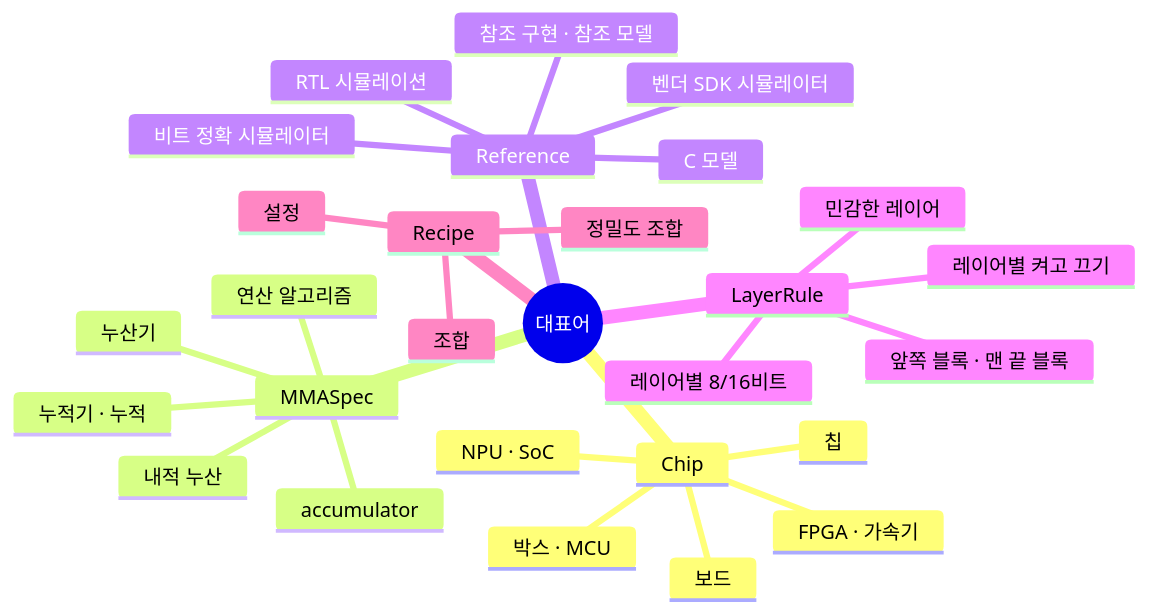
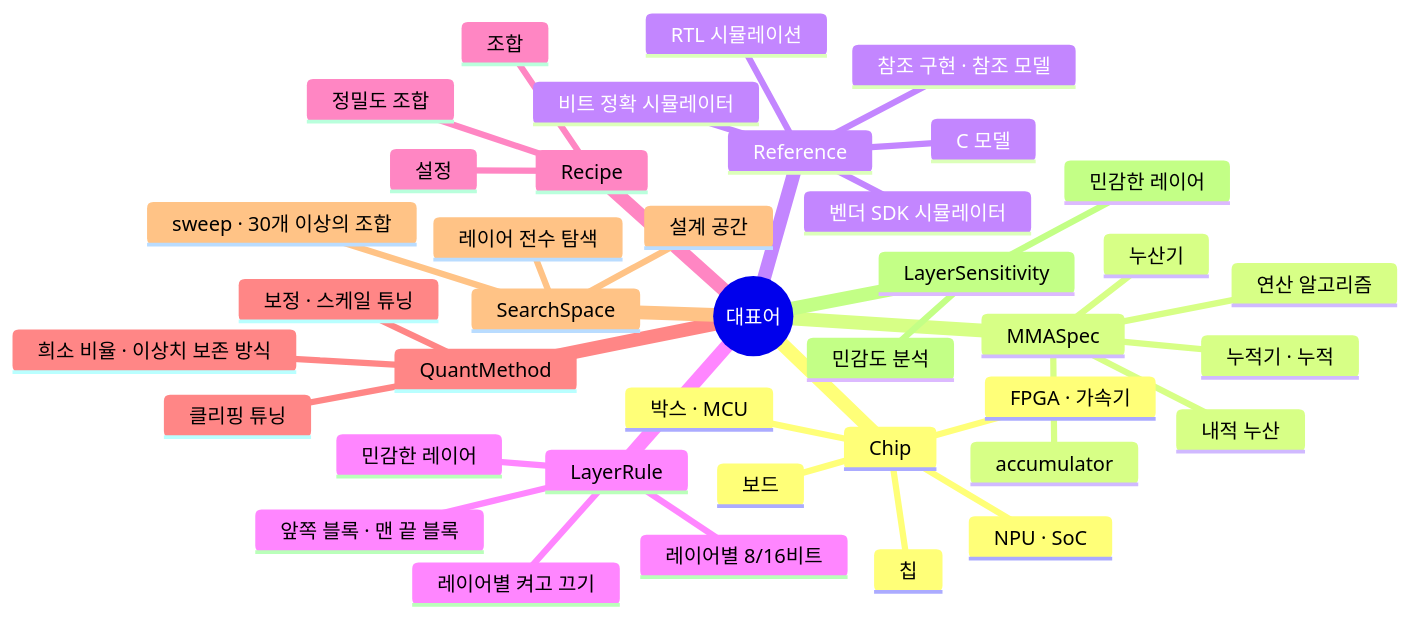
One commit to Youngmin17/TriCast changed the third of 7 diagrams in docs/ontology.md. Above: the diagram before and after it, drawn with Mermaid. The commit also changed other lines of this file and 7 other files, not shown here.

````diff
--- a/docs/ontology.md
+++ b/docs/ontology.md
@@ -184,31 +212,42 @@
 ```mermaid
 mindmap
   root((대표어))
     Chip
       칩
       보드
       NPU · SoC
       FPGA · 가속기
       박스 · MCU
     MMASpec
       누산기
       누적기 · 누적
       accumulator
       연산 알고리즘
       내적 누산
     Reference
       C 모델
       비트 정확 시뮬레이터
       참조 구현 · 참조 모델
       RTL 시뮬레이션
       벤더 SDK 시뮬레이터
     LayerRule
       레이어별 8/16비트
       민감한 레이어
       앞쪽 블록 · 맨 끝 블록
       레이어별 켜고 끄기
     Recipe
       조합
       설정
       정밀도 조합
+    QuantMethod
+      희소 비율 · 이상치 보존 방식
+      보정 · 스케일 튜닝
+      클리핑 튜닝
+    SearchSpace
+      sweep · 30개 이상의 조합
+      설계 공간
+      레이어 전수 탐색
+    LayerSensitivity
+      민감도 분석
+      민감한 레이어
 ```
````
